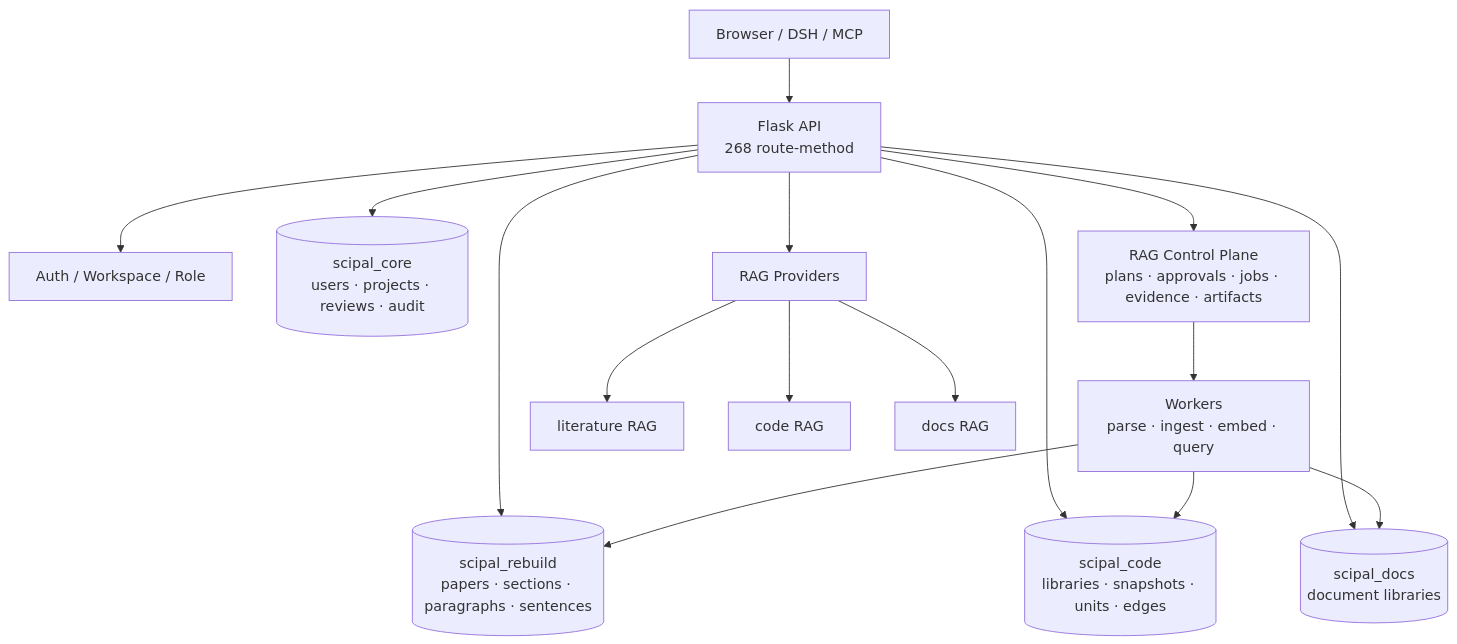
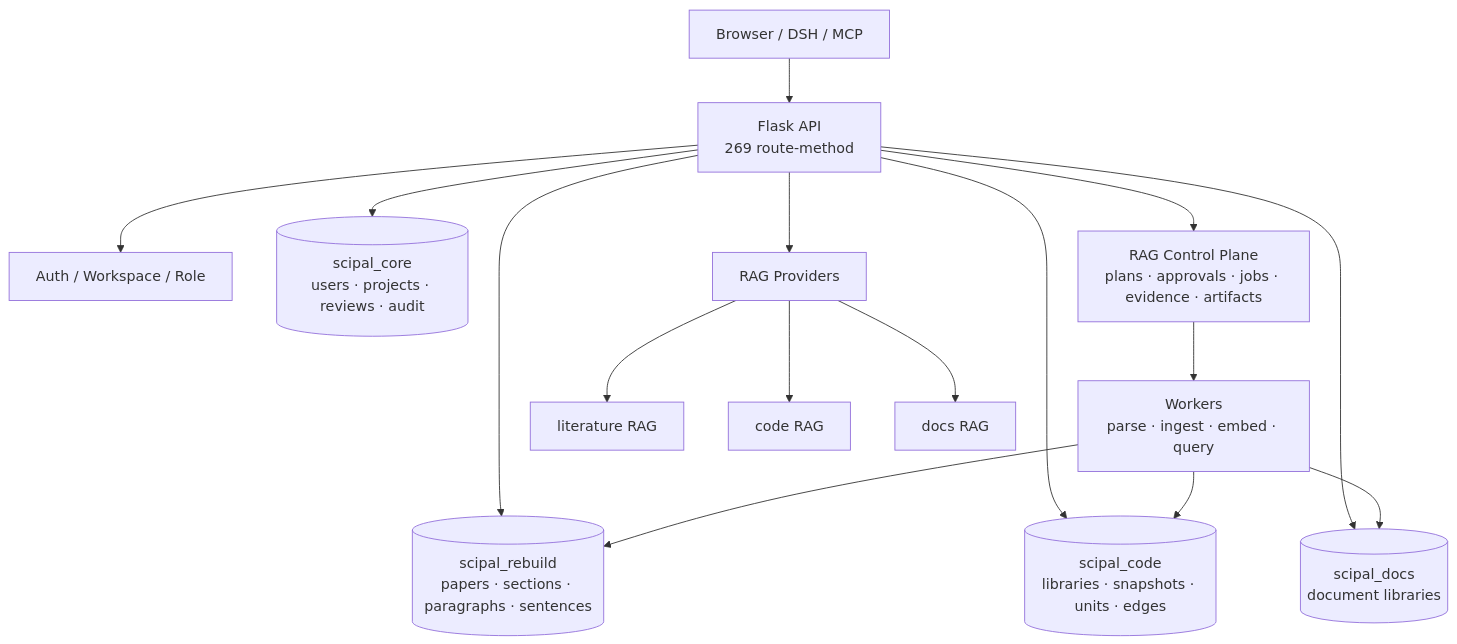
The first of 2 diagrams in README.md (williamchen520/sci-pal), drawn with Mermaid before and after one commit. The commit also changed other lines of this file and 13 other files, not shown here.

````diff
--- a/README.md
+++ b/README.md
@@ -77,20 +77,20 @@
 ```mermaid
 flowchart TB
-    U["Browser / DSH / MCP"] --> API["Flask API<br/>268 route-method"]
+    U["Browser / DSH / MCP"] --> API["Flask API<br/>269 route-method"]
     API --> AUTH["Auth / Workspace / Role"]
     API --> CORE[("scipal_core<br/>users · projects · reviews · audit")]
     API --> CORPUS[("scipal_rebuild<br/>papers · sections · paragraphs · sentences")]
     API --> CODE[("scipal_code<br/>libraries · snapshots · units · edges")]
     API --> DOCS[("scipal_docs<br/>document libraries")]
 
     API --> CP["RAG Control Plane<br/>plans · approvals · jobs · evidence · artifacts"]
     CP --> WORKER["Workers<br/>parse · ingest · embed · query"]
     WORKER --> CORPUS
     WORKER --> CODE
     WORKER --> DOCS
 
     API --> PROV["RAG Providers"]
     PROV --> LIT["literature RAG"]
     PROV --> CRAG["code RAG"]
     PROV --> DRAG["docs RAG"]
 ```
````
